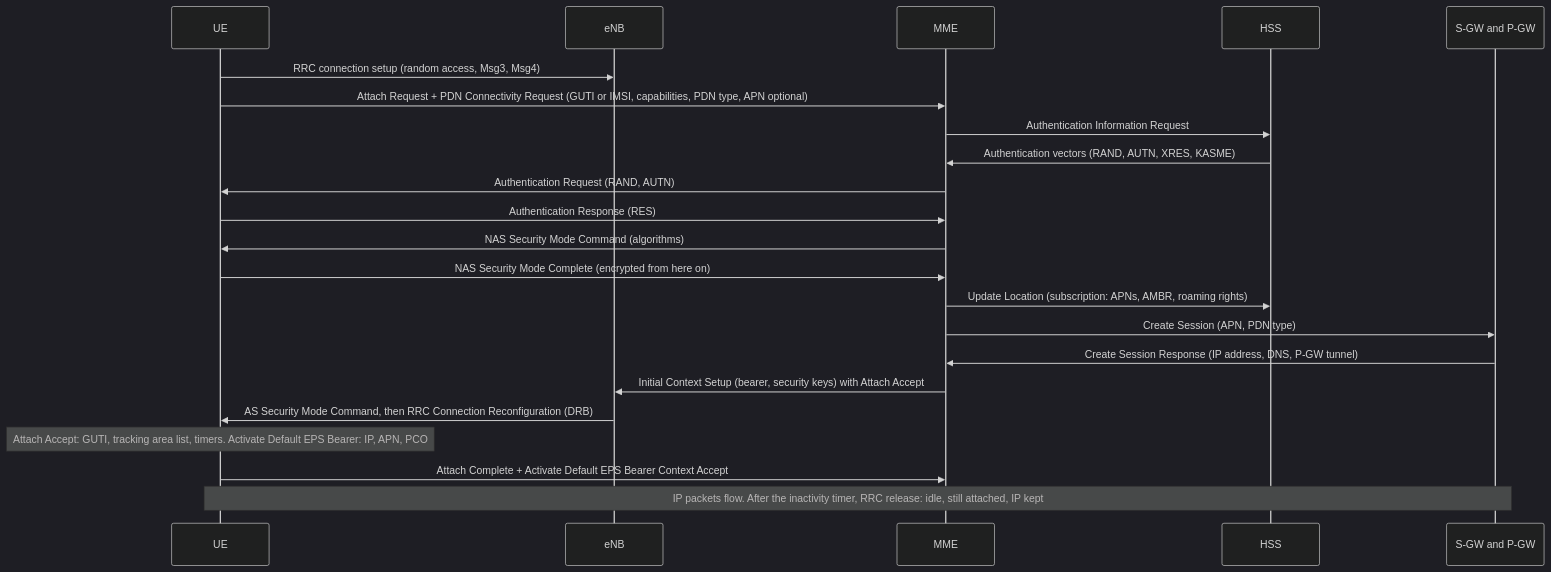
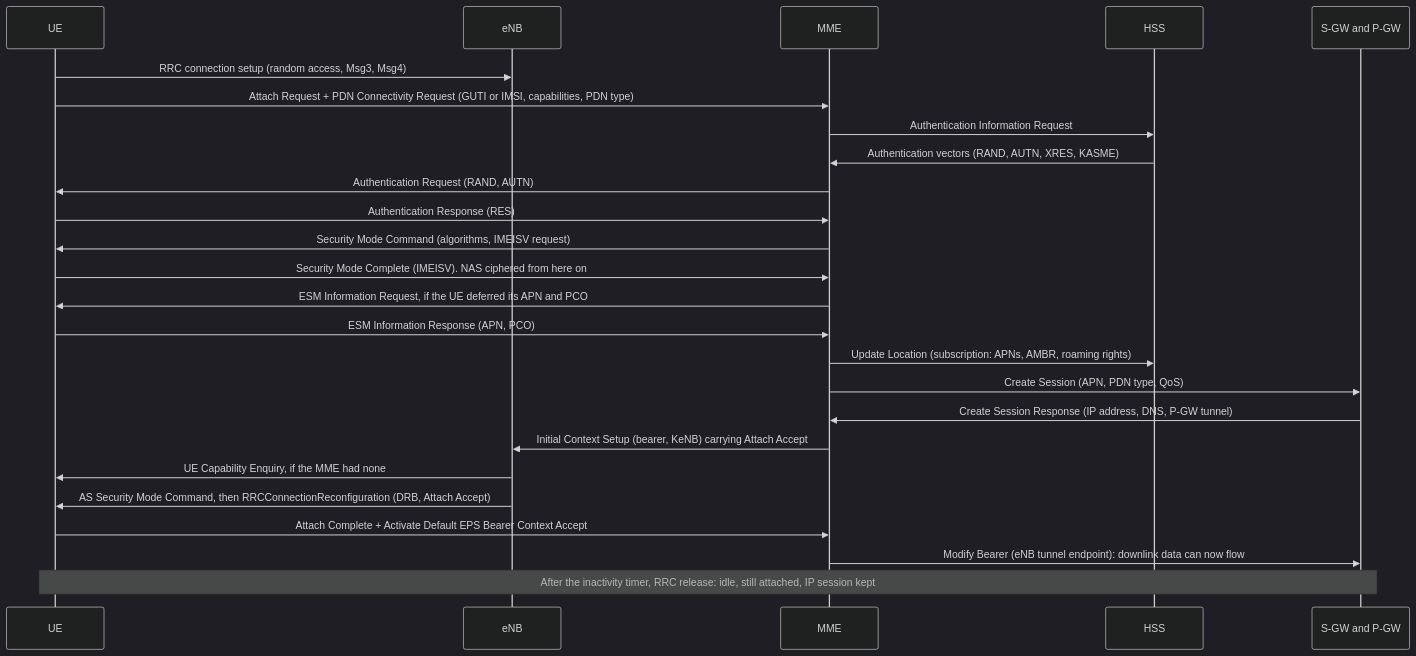
Before and after one commit to yassineflag/engineering-notes-public: the sixth of 11 diagrams in wireless-protocols-and-connectivity/cellular/cellular.md, drawn with Mermaid (dark theme). The commit also changed other lines of this file, not shown here.

First line of the commit message:
Review the cellular note: identities, registration and data sessions

````diff
--- a/wireless-protocols-and-connectivity/cellular/cellular.md
+++ b/wireless-protocols-and-connectivity/cellular/cellular.md
@@ -999,24 +1013,27 @@
 ```mermaid
 sequenceDiagram
     participant UE
     participant ENB as eNB
     participant MME
     participant HSS
     participant GW as S-GW and P-GW
     UE->>ENB: RRC connection setup (random access, Msg3, Msg4)
-    UE->>MME: Attach Request + PDN Connectivity Request (GUTI or IMSI, capabilities, PDN type, APN optional)
+    UE->>MME: Attach Request + PDN Connectivity Request (GUTI or IMSI, capabilities, PDN type)
     MME->>HSS: Authentication Information Request
     HSS->>MME: Authentication vectors (RAND, AUTN, XRES, KASME)
     MME->>UE: Authentication Request (RAND, AUTN)
     UE->>MME: Authentication Response (RES)
-    MME->>UE: NAS Security Mode Command (algorithms)
-    UE->>MME: NAS Security Mode Complete (encrypted from here on)
+    MME->>UE: Security Mode Command (algorithms, IMEISV request)
+    UE->>MME: Security Mode Complete (IMEISV). NAS ciphered from here on
+    MME->>UE: ESM Information Request, if the UE deferred its APN and PCO
+    UE->>MME: ESM Information Response (APN, PCO)
     MME->>HSS: Update Location (subscription: APNs, AMBR, roaming rights)
-    MME->>GW: Create Session (APN, PDN type)
+    MME->>GW: Create Session (APN, PDN type, QoS)
     GW->>MME: Create Session Response (IP address, DNS, P-GW tunnel)
-    MME->>ENB: Initial Context Setup (bearer, security keys) with Attach Accept
-    ENB->>UE: AS Security Mode Command, then RRC Connection Reconfiguration (DRB)
-    Note over UE: Attach Accept: GUTI, tracking area list, timers. Activate Default EPS Bearer: IP, APN, PCO
+    MME->>ENB: Initial Context Setup (bearer, KeNB) carrying Attach Accept
+    ENB->>UE: UE Capability Enquiry, if the MME had none
+    ENB->>UE: AS Security Mode Command, then RRCConnectionReconfiguration (DRB, Attach Accept)
     UE->>MME: Attach Complete + Activate Default EPS Bearer Context Accept
-    Note over UE,GW: IP packets flow. After the inactivity timer, RRC release: idle, still attached, IP kept
+    MME->>GW: Modify Bearer (eNB tunnel endpoint): downlink data can now flow
+    Note over UE,GW: After the inactivity timer, RRC release: idle, still attached, IP session kept
 ```
````
